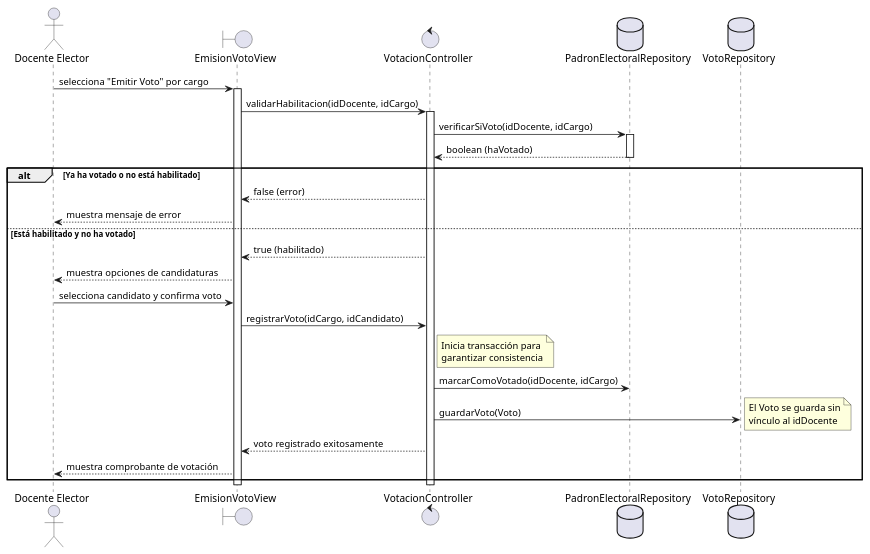
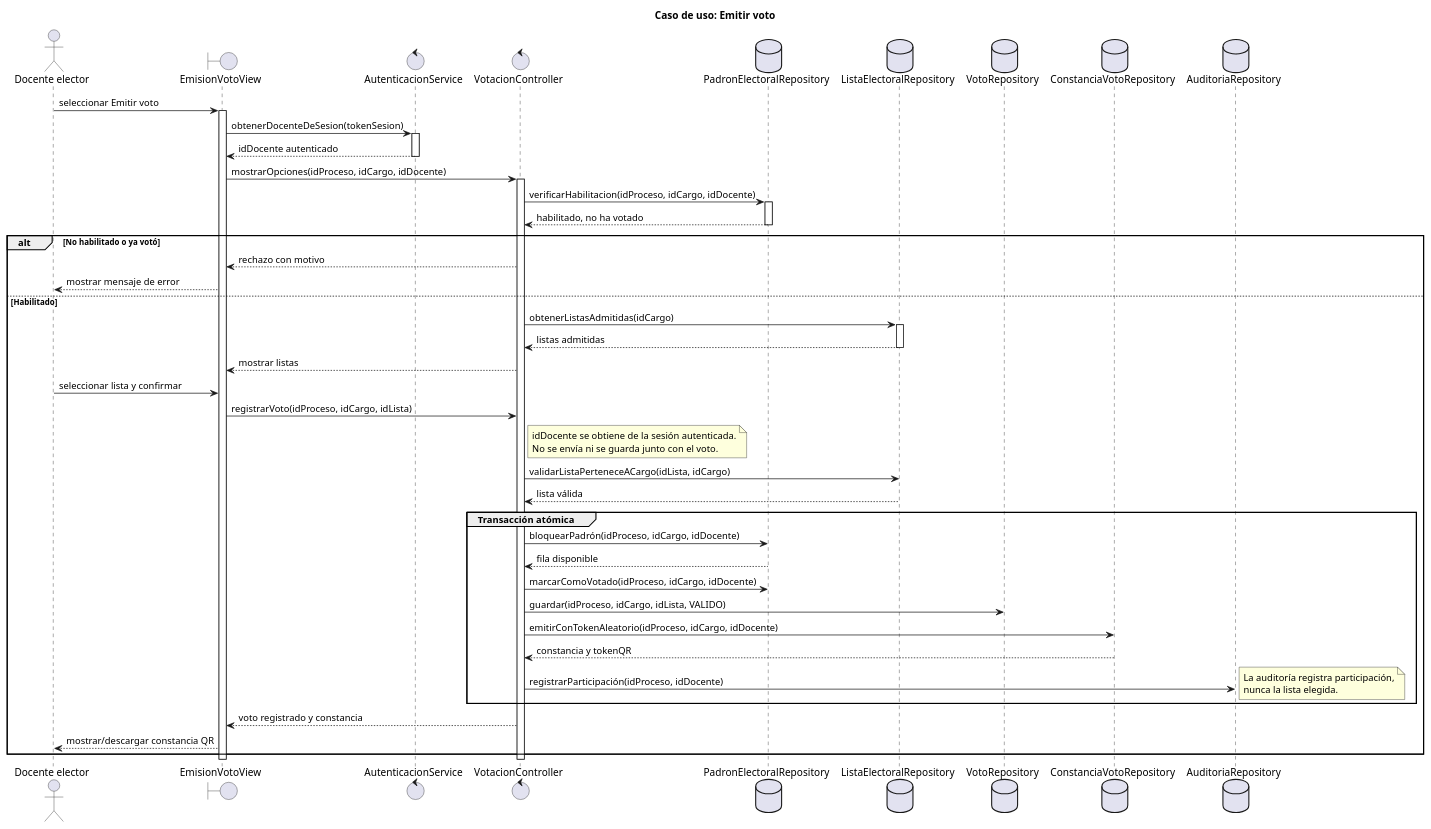
The diagram in diagramas/secuencia_emitir_voto.puml (LeandroUniversitario/sistemaDeVotacionesUnp), drawn with PlantUML before and after one commit. The commit also changed 144 other files, not shown here.

```diff
--- a/diagramas/secuencia_emitir_voto.puml
+++ b/diagramas/secuencia_emitir_voto.puml
@@ -1,44 +1,69 @@
 @startuml Diagrama_Secuencia_Emitir_Voto
-actor "Docente Elector" as Elector
+title Caso de uso: Emitir voto
+
+actor "Docente elector" as Elector
 boundary "EmisionVotoView" as Vista
+control "AutenticacionService" as Auth
 control "VotacionController" as Controlador
 database "PadronElectoralRepository" as PadronRepo
+database "ListaElectoralRepository" as ListaRepo
 database "VotoRepository" as VotoRepo
+database "ConstanciaVotoRepository" as ConstanciaRepo
+database "AuditoriaRepository" as AuditoriaRepo
 
-Elector -> Vista: selecciona "Emitir Voto" por cargo
+Elector -> Vista: seleccionar Emitir voto
 activate Vista
-Vista -> Controlador: validarHabilitacion(idDocente, idCargo)
+Vista -> Auth: obtenerDocenteDeSesion(tokenSesion)
+activate Auth
+Auth --> Vista: idDocente autenticado
+deactivate Auth
+
+Vista -> Controlador: mostrarOpciones(idProceso, idCargo, idDocente)
 activate Controlador
-
-Controlador -> PadronRepo: verificarSiVoto(idDocente, idCargo)
+Controlador -> PadronRepo: verificarHabilitacion(idProceso, idCargo, idDocente)
 activate PadronRepo
-PadronRepo --> Controlador: boolean (haVotado)
+PadronRepo --> Controlador: habilitado, no ha votado
 deactivate PadronRepo
 
-alt Ya ha votado o no está habilitado
-    Controlador --> Vista: false (error)
-    Vista --> Elector: muestra mensaje de error
-else Está habilitado y no ha votado
-    Controlador --> Vista: true (habilitado)
-    Vista --> Elector: muestra opciones de candidaturas
-    
-    Elector -> Vista: selecciona candidato y confirma voto
-    Vista -> Controlador: registrarVoto(idCargo, idCandidato)
-    
-    ' Inicio de transacción
-    note right of Controlador: Inicia transacción para\ngarantizar consistencia
-    
-    ' Marcar en padron
-    Controlador -> PadronRepo: marcarComoVotado(idDocente, idCargo)
-    
-    ' Registrar voto anónimo
-    Controlador -> VotoRepo: guardarVoto(Voto)
-    note right: El Voto se guarda sin\nvínculo al idDocente
-    
-    Controlador --> Vista: voto registrado exitosamente
-    Vista --> Elector: muestra comprobante de votación
+alt No habilitado o ya votó
+    Controlador --> Vista: rechazo con motivo
+    Vista --> Elector: mostrar mensaje de error
+else Habilitado
+    Controlador -> ListaRepo: obtenerListasAdmitidas(idCargo)
+    activate ListaRepo
+    ListaRepo --> Controlador: listas admitidas
+    deactivate ListaRepo
+    Controlador --> Vista: mostrar listas
+
+    Elector -> Vista: seleccionar lista y confirmar
+    Vista -> Controlador: registrarVoto(idProceso, idCargo, idLista)
+
+    note right of Controlador
+      idDocente se obtiene de la sesión autenticada.
+      No se envía ni se guarda junto con el voto.
+    end note
+
+    Controlador -> ListaRepo: validarListaPerteneceACargo(idLista, idCargo)
+    ListaRepo --> Controlador: lista válida
+
+    group Transacción atómica
+        Controlador -> PadronRepo: bloquearPadrón(idProceso, idCargo, idDocente)
+        PadronRepo --> Controlador: fila disponible
+        Controlador -> PadronRepo: marcarComoVotado(idProceso, idCargo, idDocente)
+        Controlador -> VotoRepo: guardar(idProceso, idCargo, idLista, VALIDO)
+        Controlador -> ConstanciaRepo: emitirConTokenAleatorio(idProceso, idCargo, idDocente)
+        ConstanciaRepo --> Controlador: constancia y tokenQR
+        Controlador -> AuditoriaRepo: registrarParticipación(idProceso, idDocente)
+        note right
+          La auditoría registra participación,
+          nunca la lista elegida.
+        end note
+    end
+
+    Controlador --> Vista: voto registrado y constancia
+    Vista --> Elector: mostrar/descargar constancia QR
 end
 
 deactivate Controlador
 deactivate Vista
 @enduml
```
